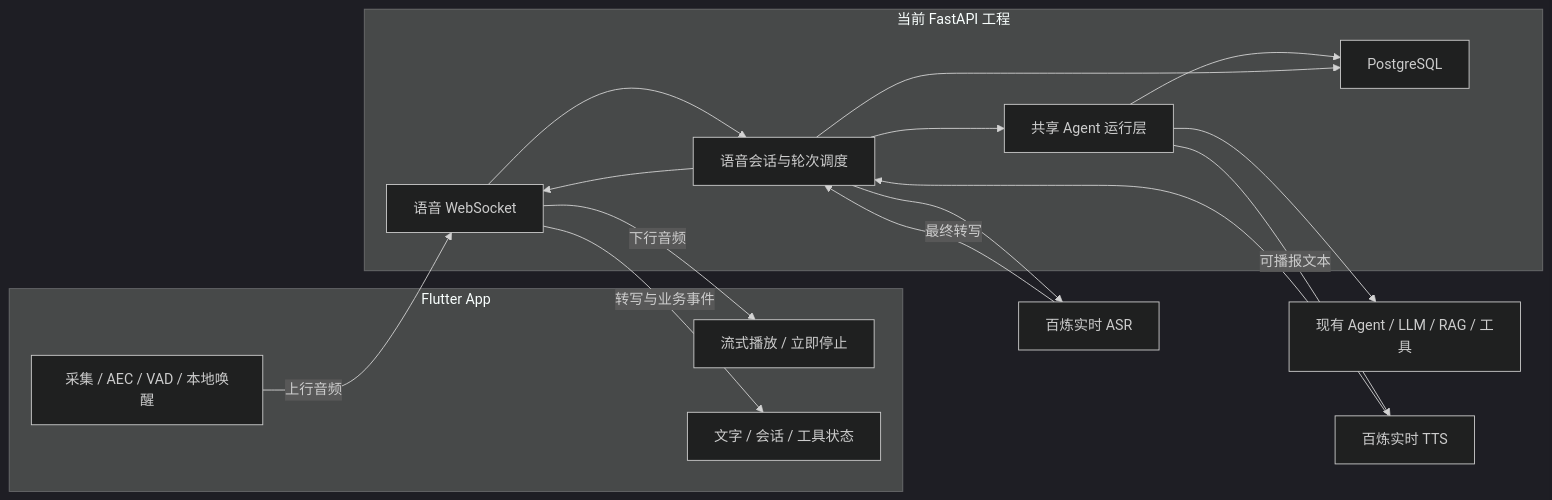
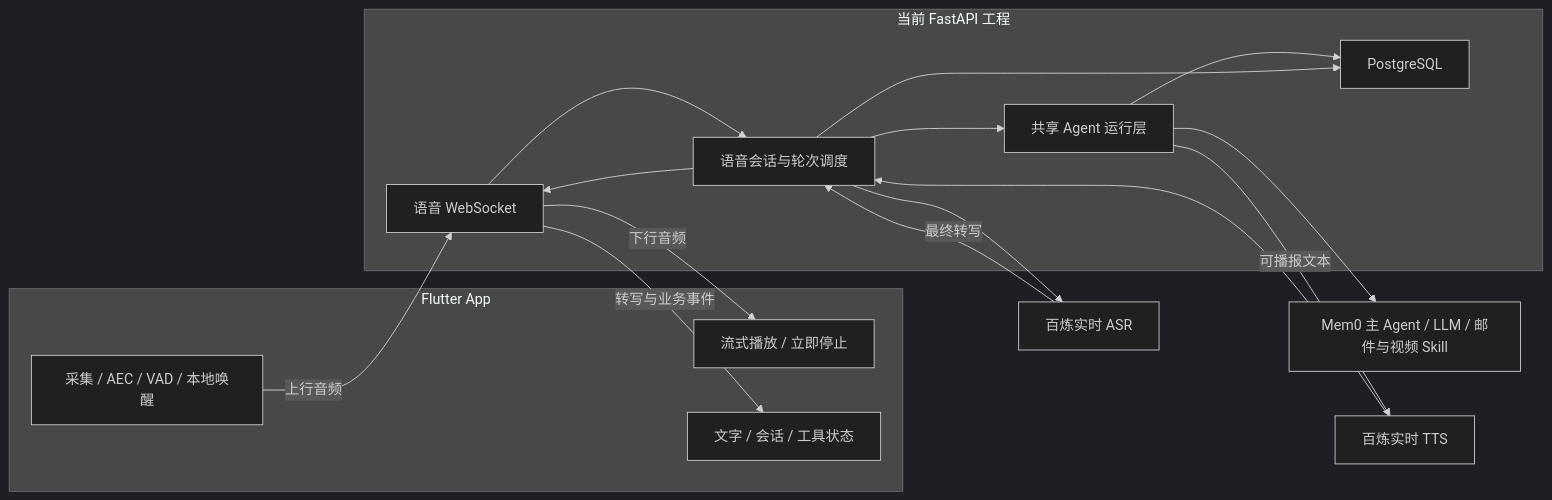
One commit to coderpwh1024/agent-service-toolkit changed the diagram in docs/Voice_App_Plan.md. Above: the diagram before and after it, drawn with Mermaid (dark theme). The commit also changed other lines of this file and 341 other files, not shown here.

First line of the commit message:
refactor: organize FastAPI around the sole Mem0 agent

````diff
--- a/docs/Voice_App_Plan.md
+++ b/docs/Voice_App_Plan.md
@@ -71,27 +71,27 @@
 ```mermaid
 flowchart LR
     subgraph Mobile[Flutter App]
         Mic[采集 / AEC / VAD / 本地唤醒]
         Speaker[流式播放 / 立即停止]
         UI[文字 / 会话 / 工具状态]
     end
     subgraph Backend[当前 FastAPI 工程]
         WS[语音 WebSocket]
         Session[语音会话与轮次调度]
         Runner[共享 Agent 运行层]
         DB[PostgreSQL]
     end
     Mic -->|上行音频| WS
     WS --> Session
     Session --> ASR[百炼实时 ASR]
     ASR -->|最终转写| Session
     Session --> Runner
-    Runner --> Agent[现有 Agent / LLM / RAG / 工具]
+    Runner --> Agent[Mem0 主 Agent / LLM / 邮件与视频 Skill]
     Runner -->|可播报文本| TTS[百炼实时 TTS]
     TTS --> Session
     Session --> WS
     WS -->|下行音频| Speaker
     WS -->|转写与业务事件| UI
     Runner --> DB
     Session --> DB
 ```
````
